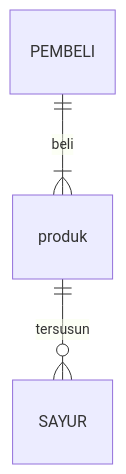
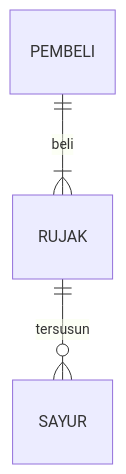
The diagram in contoh-jawaban-job-interview.md (Azispanji24/azis-job-interview-if), drawn with Mermaid before and after one commit.

````diff
--- a/contoh-jawaban-job-interview.md
+++ b/contoh-jawaban-job-interview.md
@@ -55,5 +55,5 @@
 ```mermaid
 erDiagram
-    produk ||--o{ SAYUR : tersusun
-    PEMBELI ||--|{ produk : beli
+    RUJAK ||--o{ SAYUR : tersusun
+    PEMBELI ||--|{ RUJAK : beli
 ```
````
